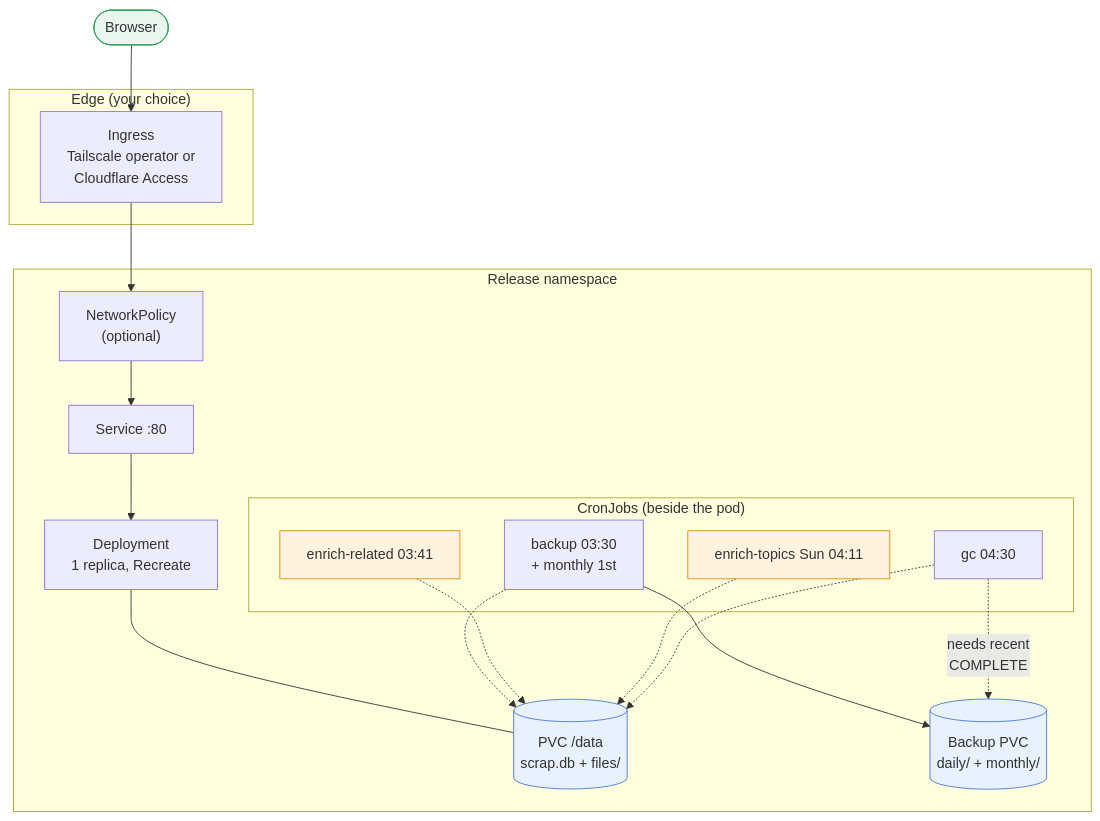
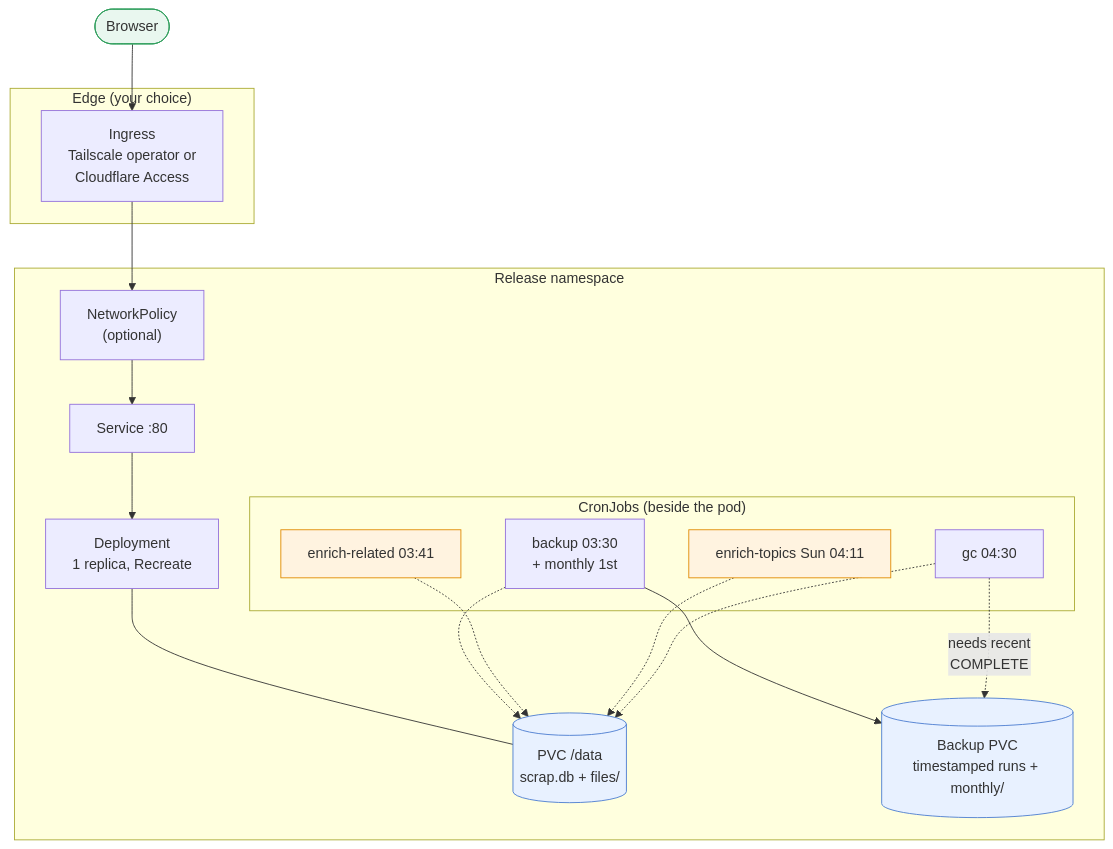
The second of 3 diagrams in docs/explanations/architecture/deployment.md (gilesknap/scrap), drawn with Mermaid before and after one commit. The commit also changed 23 other files, not shown here.

First line of the commit message:
Final docs pass for 1.0: fix drift against the code and chart (#376)

````diff
--- a/docs/explanations/architecture/deployment.md
+++ b/docs/explanations/architecture/deployment.md
@@ -72,29 +72,29 @@
 ```mermaid
 flowchart TD
     me(["Browser"]):::user
     subgraph edge["Edge (your choice)"]
         ing["Ingress<br/>Tailscale operator or<br/>Cloudflare Access"]
     end
     subgraph ns["Release namespace"]
         np["NetworkPolicy<br/>(optional)"]
         svc["Service :80"]
         dep["Deployment<br/>1 replica, Recreate"]
         pvc[("PVC /data<br/>scrap.db + files/")]:::store
         subgraph jobs["CronJobs (beside the pod)"]
             cb["backup 03:30<br/>+ monthly 1st"]
             cr["enrich-related 03:41"]:::claude
             ct["enrich-topics Sun 04:11"]:::claude
             cg["gc 04:30"]
         end
-        bpvc[("Backup PVC<br/>daily/ + monthly/")]:::store
+        bpvc[("Backup PVC<br/>timestamped runs + monthly/")]:::store
     end
     me --> ing --> np --> svc --> dep
     dep --- pvc
     cb --> bpvc
     cb -.-> pvc
     cr & ct & cg -.-> pvc
     cg -.->|"needs recent<br/>COMPLETE"| bpvc
     classDef store fill:#e8f1ff,stroke:#4a7bd0
     classDef claude fill:#fff3e0,stroke:#e08a00
     classDef user fill:#e9f7ef,stroke:#2e9d5b
 ```
````
